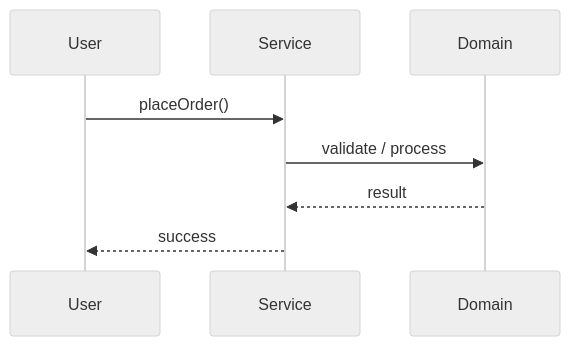
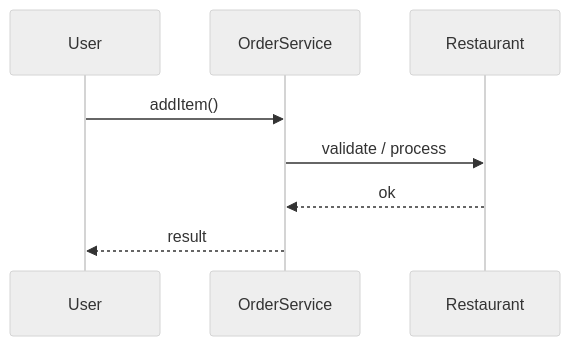
Before and after one commit to madhupaila/Interview-Prep-SSE: the second of 3 diagrams in Learn/System Design - Low Level Design/02-classic-ood/questions/Q05-restaurant-food-ordering.md, drawn with Mermaid (neutral theme). The commit also changed other lines of this file and 491 other files, not shown here.

````diff
--- a/Learn/System Design - Low Level Design/02-classic-ood/questions/Q05-restaurant-food-ordering.md
+++ b/Learn/System Design - Low Level Design/02-classic-ood/questions/Q05-restaurant-food-ordering.md
@@ -122,10 +156,10 @@
 ```mermaid
 sequenceDiagram
-    participant U as User
-    participant S as Service
-    participant D as Domain
-    U->>S: placeOrder()
-    S->>D: validate / process
-    D-->>S: result
-    S-->>U: success
+participant U as User
+participant S as OrderService
+participant D as Restaurant
+U->>S: addItem()
+S->>D: validate / process
+D-->>S: ok
+S-->>U: result
 ```
````
